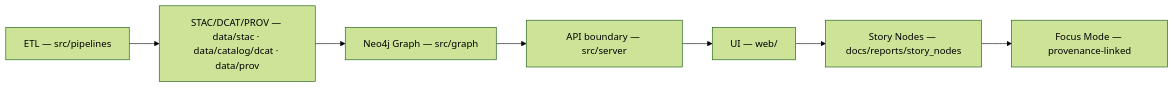
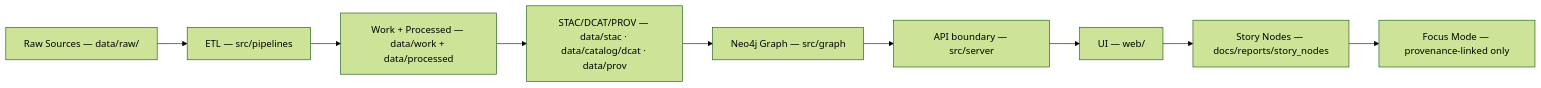
One commit to bartytime4life/Kansas-Frontier-Matrix changed the first of 2 diagrams in .github/repro-kit/README.md. Above: the diagram before and after it, drawn with Mermaid (forest theme). The commit also changed other lines of this file, not shown here.

```diff
--- a/.github/repro-kit/README.md
+++ b/.github/repro-kit/README.md
@@ -170,9 +225,11 @@
 ~~~mermaid
 flowchart LR
-  A["ETL — src/pipelines"] --> B["STAC/DCAT/PROV — data/stac · data/catalog/dcat · data/prov"]
-  B --> C["Neo4j Graph — src/graph"]
-  C --> D["API boundary — src/server"]
-  D --> E["UI — web/"]
-  E --> F["Story Nodes — docs/reports/story_nodes"]
-  F --> G["Focus Mode — provenance-linked"]
+  A["Raw Sources — data/raw/<domain>"] --> B["ETL — src/pipelines"]
+  B --> C["Work + Processed — data/work + data/processed"]
+  C --> D["STAC/DCAT/PROV — data/stac · data/catalog/dcat · data/prov"]
+  D --> E["Neo4j Graph — src/graph"]
+  E --> F["API boundary — src/server"]
+  F --> G["UI — web/"]
+  G --> H["Story Nodes — docs/reports/story_nodes"]
+  H --> I["Focus Mode — provenance-linked only"]
 ~~~
```
